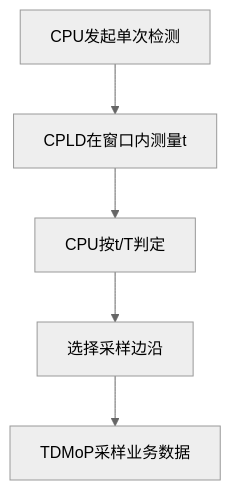
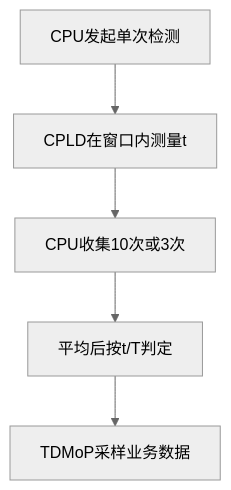
One commit to jwen2003/adaptive-sampling-monitor changed the diagram in docs/design_intent_zh-CN.md. Above: the diagram before and after it, drawn with Mermaid (neutral theme). The commit also changed other lines of this file and 34 other files, not shown here.

````diff
--- a/docs/design_intent_zh-CN.md
+++ b/docs/design_intent_zh-CN.md
@@ -13,7 +14,7 @@
 ```mermaid
 flowchart TD
     A["CPU发起单次检测"] --> B["CPLD在窗口内测量t"]
-    B --> C["CPU按t/T判定"]
-    C --> D["选择采样边沿"]
+    B --> C["CPU收集10次或3次"]
+    C --> D["平均后按t/T判定"]
     D --> E["TDMoP采样业务数据"]
 ```
````
